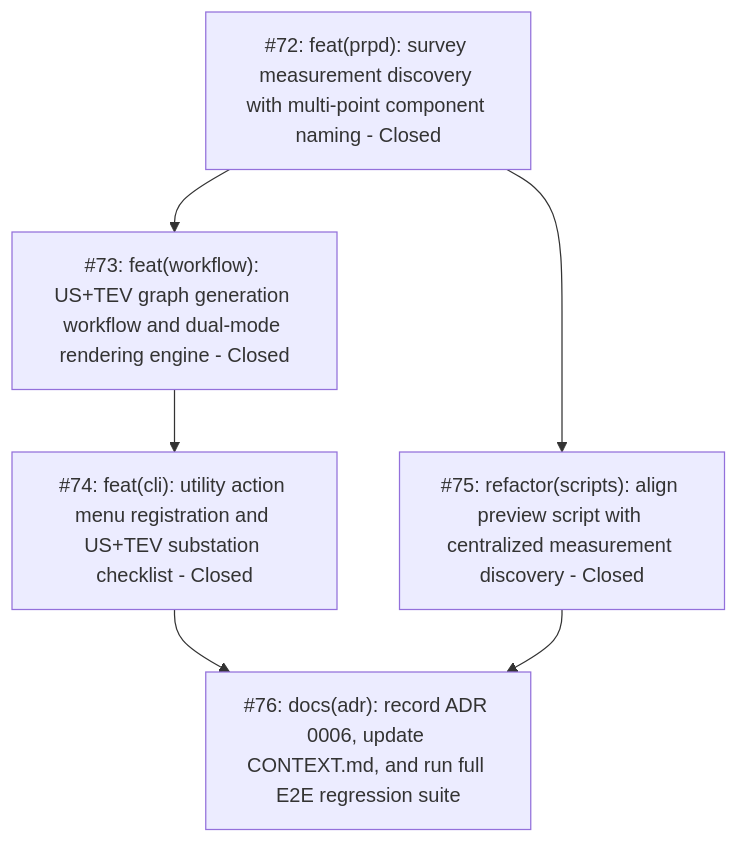
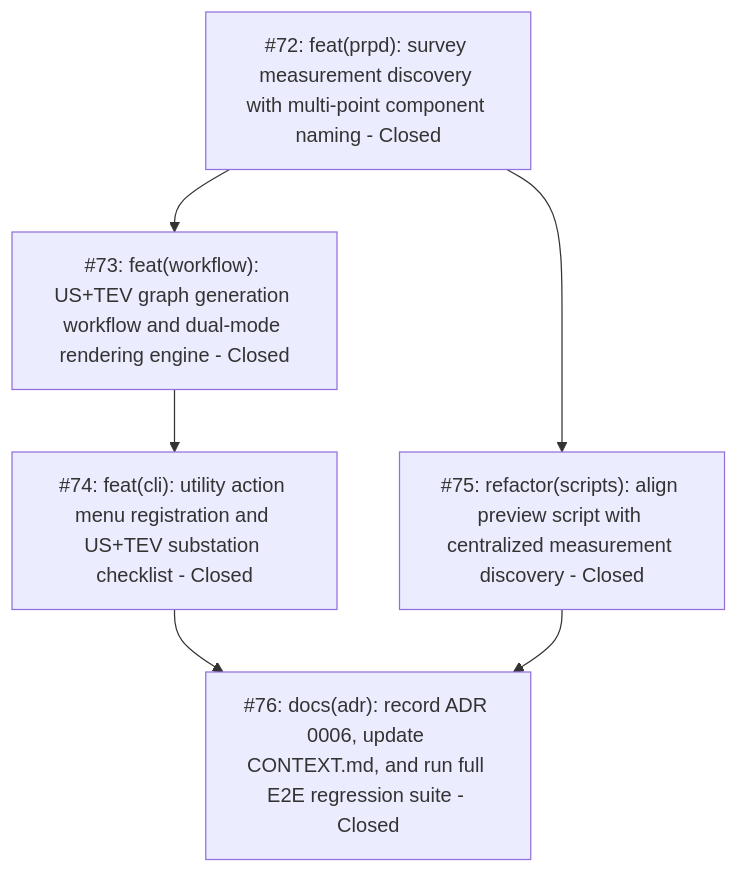
Before and after one commit to adamlarGit/pahang-cli: the diagram in .wayfinder/generate-us-tev-survey-graphs/map.md, drawn with Mermaid. The commit also changed other lines of this file and 1 other file, not shown here.

Commit message:
docs(tickets): close ticket #76 in local map and ticket file

````diff
--- a/.wayfinder/generate-us-tev-survey-graphs/map.md
+++ b/.wayfinder/generate-us-tev-survey-graphs/map.md
@@ -32,14 +32,14 @@
 ```mermaid
 graph TD
     T72["#72: feat(prpd): survey measurement discovery with multi-point component naming - Closed"]
     T73["#73: feat(workflow): US+TEV graph generation workflow and dual-mode rendering engine - Closed"]
     T74["#74: feat(cli): utility action menu registration and US+TEV substation checklist - Closed"]
     T75["#75: refactor(scripts): align preview script with centralized measurement discovery - Closed"]
-    T76["#76: docs(adr): record ADR 0006, update CONTEXT.md, and run full E2E regression suite"]
+    T76["#76: docs(adr): record ADR 0006, update CONTEXT.md, and run full E2E regression suite - Closed"]
 
     T72 --> T73
     T73 --> T74
     T72 --> T75
     T74 --> T76
     T75 --> T76
 ```
````
